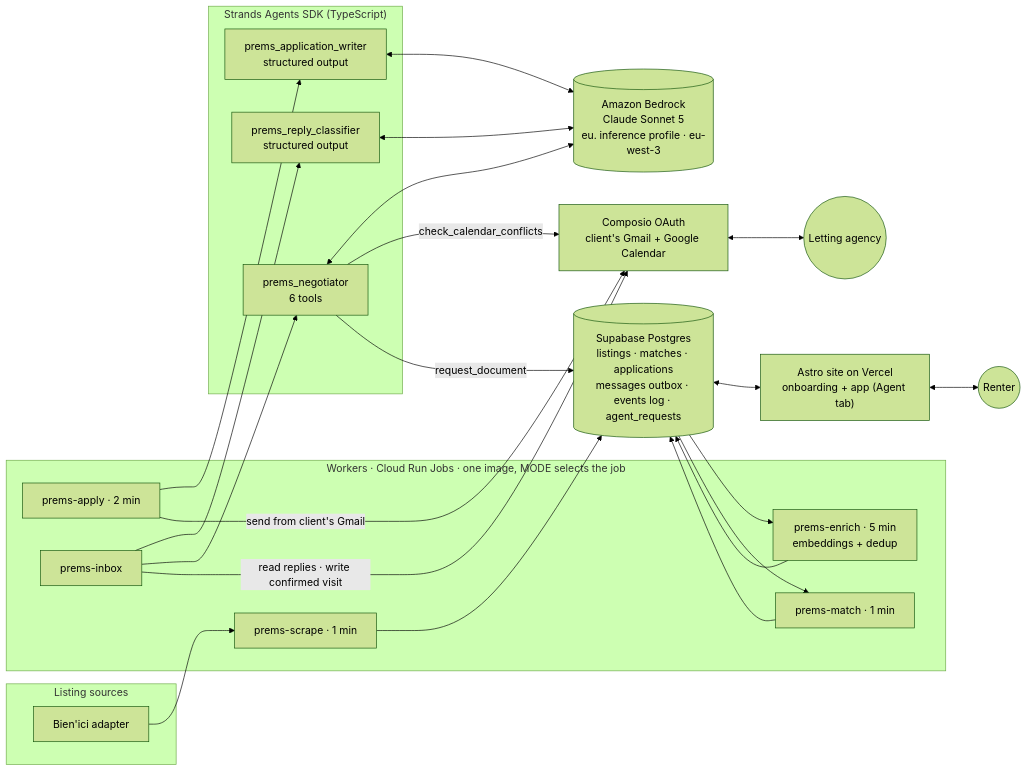
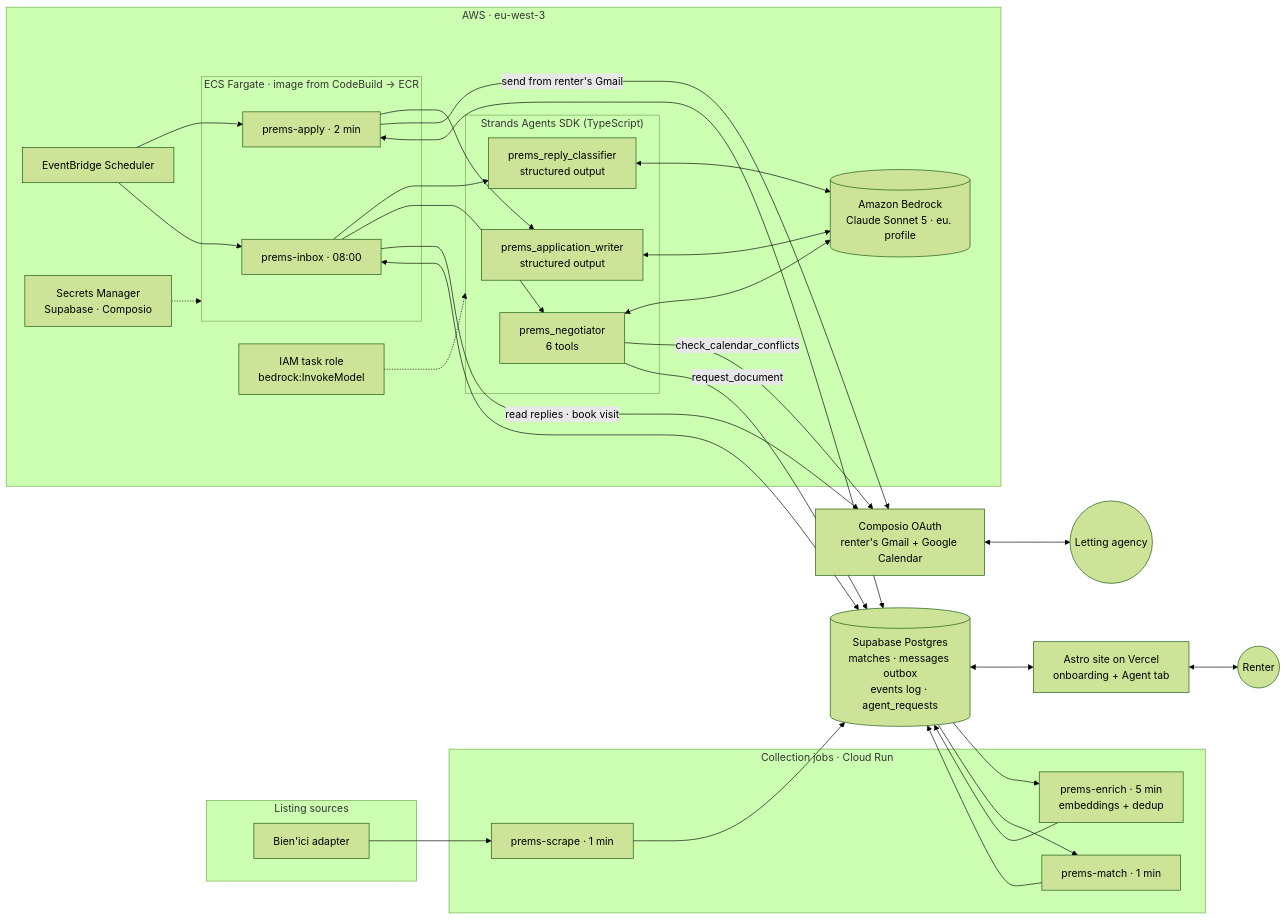
Before and after one commit to chessoren/prems-agent: the diagram in README.md, drawn with Mermaid (forest theme). The commit also changed 1 other file, not shown here.

Commit message:
Show the AWS deployment in the architecture diagram

````diff
--- a/README.md
+++ b/README.md
@@ -49,41 +49,51 @@
 ```mermaid
 flowchart LR
   subgraph SRC["Listing sources"]
     BI["Bien'ici adapter"]
   end
 
-  subgraph RUN["Workers · Cloud Run Jobs · one image, MODE selects the job"]
+  subgraph GCP["Collection jobs · Cloud Run"]
     SCRAPE["prems-scrape · 1 min"]
     ENRICH["prems-enrich · 5 min<br/>embeddings + dedup"]
     MATCH["prems-match · 1 min"]
-    APPLY["prems-apply · 2 min"]
-    INBOX["prems-inbox"]
   end
 
-  subgraph STRANDS["Strands Agents SDK (TypeScript)"]
-    WRITER["prems_application_writer<br/>structured output"]
-    CLASSIFIER["prems_reply_classifier<br/>structured output"]
-    NEGOTIATOR["prems_negotiator<br/>6 tools"]
+  subgraph AWS["AWS · eu-west-3"]
+    SCHED["EventBridge Scheduler"]
+    subgraph ECS["ECS Fargate · image from CodeBuild → ECR"]
+      APPLY["prems-apply · 2 min"]
+      INBOX["prems-inbox · 08:00"]
+    end
+    subgraph STRANDS["Strands Agents SDK (TypeScript)"]
+      WRITER["prems_application_writer<br/>structured output"]
+      CLASSIFIER["prems_reply_classifier<br/>structured output"]
+      NEGOTIATOR["prems_negotiator<br/>6 tools"]
+    end
+    BEDROCK[("Amazon Bedrock<br/>Claude Sonnet 5 · eu. profile")]
+    SECRETS["Secrets Manager<br/>Supabase · Composio"]
+    IAM["IAM task role<br/>bedrock:InvokeModel"]
   end
 
-  BEDROCK[("Amazon Bedrock<br/>Claude Sonnet 5<br/>eu. inference profile · eu-west-3")]
-  DB[("Supabase Postgres<br/>listings · matches · applications<br/>messages outbox · events log · agent_requests")]
-  COMPOSIO["Composio OAuth<br/>client's Gmail + Google Calendar"]
-  WEB["Astro site on Vercel<br/>onboarding + app (Agent tab)"]
+  DB[("Supabase Postgres<br/>matches · messages outbox<br/>events log · agent_requests")]
+  COMPOSIO["Composio OAuth<br/>renter's Gmail + Google Calendar"]
+  WEB["Astro site on Vercel<br/>onboarding + Agent tab"]
   USER(("Renter"))
   AGENCY(("Letting agency"))
 
   BI --> SCRAPE --> DB
   DB --> ENRICH --> DB
   DB --> MATCH --> DB
+  SCHED --> APPLY & INBOX
+  SECRETS -.-> ECS
+  IAM -.-> STRANDS
   APPLY --> WRITER
-  INBOX --> CLASSIFIER
-  INBOX --> NEGOTIATOR
+  INBOX --> CLASSIFIER & NEGOTIATOR
   WRITER & CLASSIFIER & NEGOTIATOR <--> BEDROCK
   NEGOTIATOR -- "check_calendar_conflicts" --> COMPOSIO
   NEGOTIATOR -- "request_document" --> DB
-  APPLY -- "send from client's Gmail" --> COMPOSIO
-  INBOX -- "read replies · write confirmed visit" --> COMPOSIO
+  APPLY -- "send from renter's Gmail" --> COMPOSIO
+  INBOX -- "read replies · book visit" --> COMPOSIO
+  APPLY & INBOX <--> DB
   COMPOSIO <--> AGENCY
   DB <--> WEB <--> USER
 ```
````
